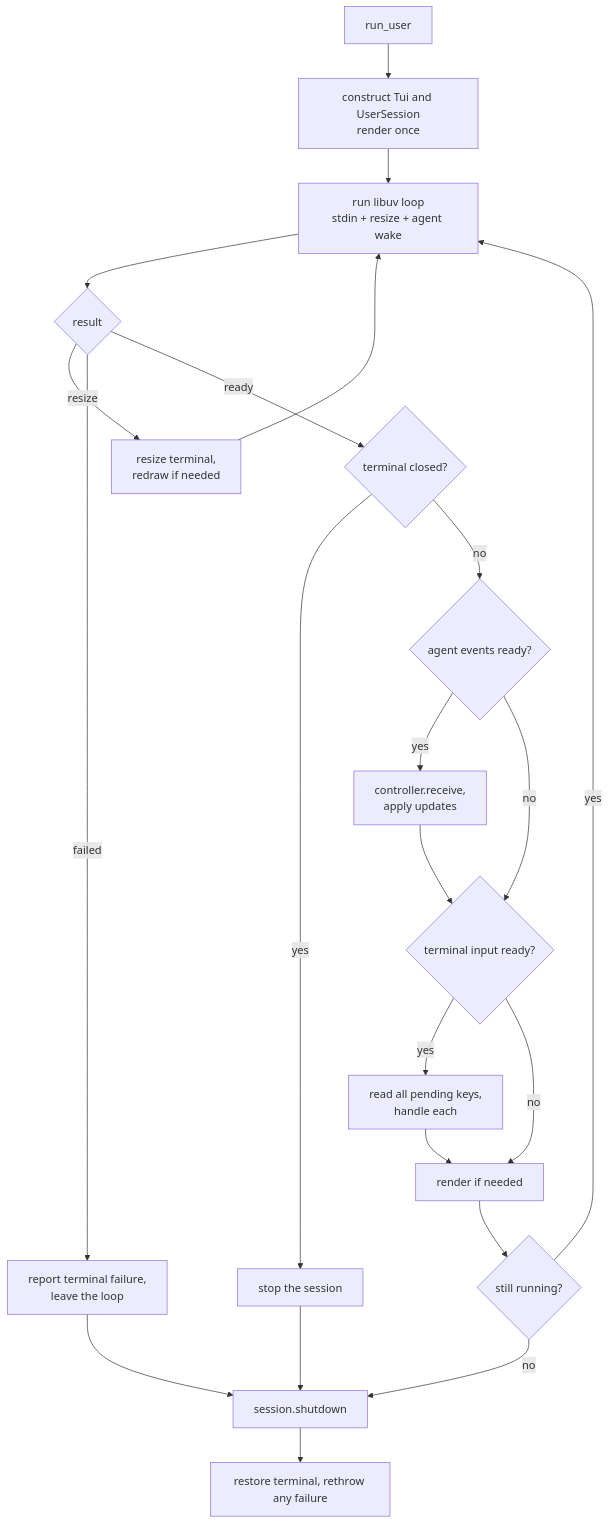
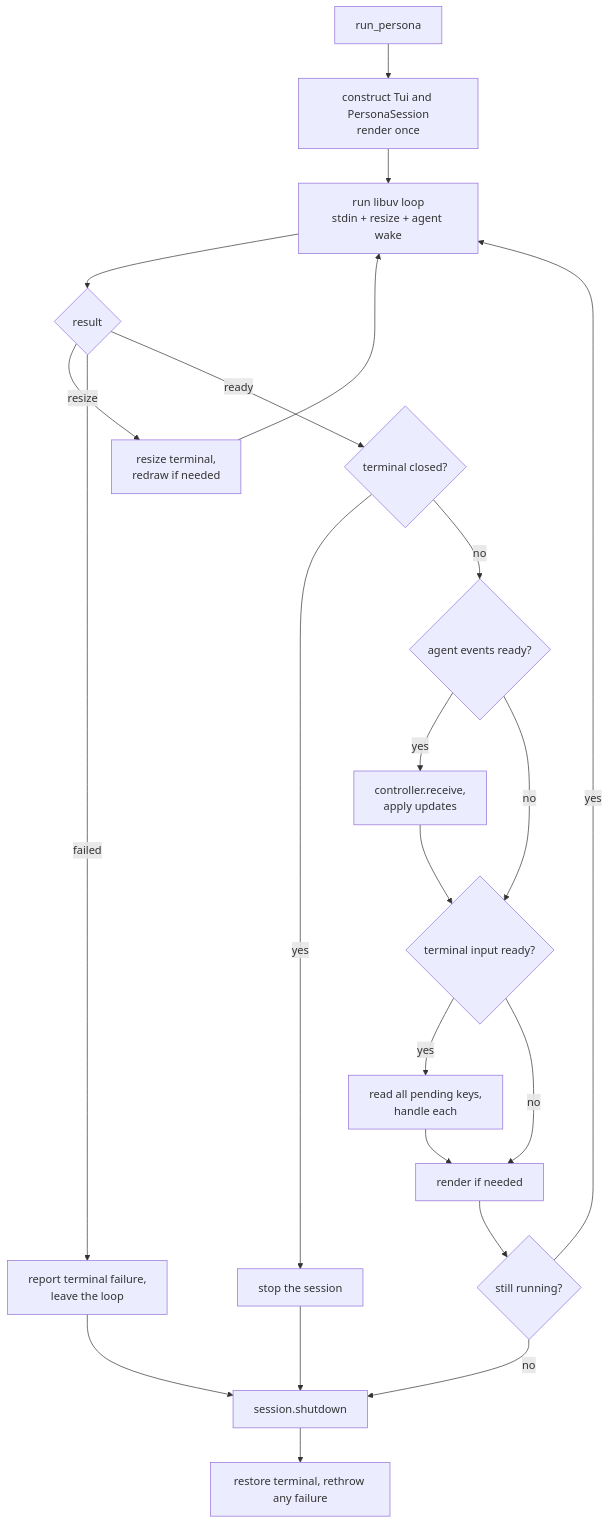
One commit to michaelpopov/cha changed the first of 2 diagrams in src/ui/tui/README.md. Above: the diagram before and after it, drawn with Mermaid. The commit also changed other lines of this file and 117 other files, not shown here.

````diff
--- a/src/ui/tui/README.md
+++ b/src/ui/tui/README.md
@@ -45,23 +45,23 @@
 ```mermaid
 flowchart TD
-    start["run_user"] --> mk["construct Tui and UserSession<br/>render once"]
+    start["run_persona"] --> mk["construct Tui and PersonaSession<br/>render once"]
     mk --> wait["run libuv loop<br/>stdin + resize + agent wake"]
     wait --> res{"result"}
     res -->|"resize"| resize["resize terminal,<br/>redraw if needed"] --> wait
     res -->|"failed"| fail["report terminal failure,<br/>leave the loop"]
     res -->|"ready"| closed{"terminal closed?"}
     closed -->|"yes"| stoploop["stop the session"]
     closed -->|"no"| agent{"agent events ready?"}
     agent -->|"yes"| drain["controller.receive,<br/>apply updates"]
     agent -->|"no"| keys
     drain --> keys{"terminal input ready?"}
     keys -->|"yes"| read["read all pending keys,<br/>handle each"]
     keys -->|"no"| paint
     read --> paint["render if needed"]
     paint --> running{"still running?"}
     running -->|"yes"| wait
     running -->|"no"| shut["session.shutdown"]
     stoploop --> shut
     fail --> shut
     shut --> done["restore terminal, rethrow any failure"]
 ```
````
